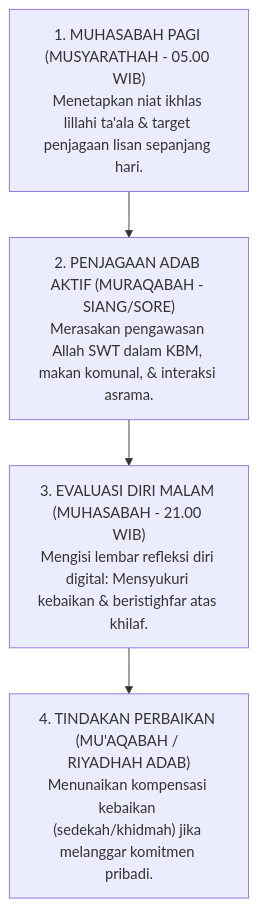
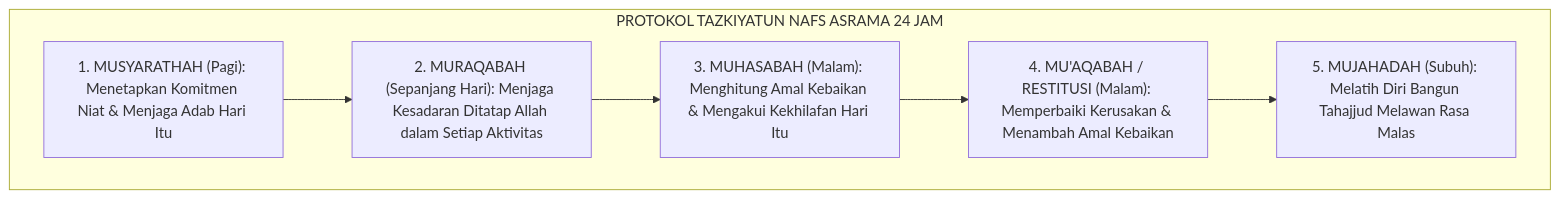
Before and after one commit to wandiapriliyandi/tumbuh: the fourth of 5 diagrams in 01 Philosophy/02 Human Nature/P1-02-05-Dinamika-Nafs-Ammarah-Lawwamah-Muthmainnah.md, drawn with Mermaid. The commit also changed other lines of this file and 6 other files, not shown here.

````diff
--- a/01 Philosophy/02 Human Nature/P1-02-05-Dinamika-Nafs-Ammarah-Lawwamah-Muthmainnah.md
+++ b/01 Philosophy/02 Human Nature/P1-02-05-Dinamika-Nafs-Ammarah-Lawwamah-Muthmainnah.md
@@ -226,12 +174,10 @@
 ```mermaid
 flowchart TD
-    SOP_Nafs1["1. MUHASABAH PAGI (MUSYARATHAH - 05.00 WIB)<br/>Menetapkan niat ikhlas lillahi ta'ala & target penjagaan lisan sepanjang hari."]
-    
-    SOP_Nafs2["2. PENJAGAAN ADAB AKTIF (MURAQABAH - SIANG/SORE)<br/>Merasakan pengawasan Allah SWT dalam KBM, makan komunal, & interaksi asrama."]
-    
-    SOP_Nafs3["3. EVALUASI DIRI MALAM (MUHASABAH - 21.00 WIB)<br/>Mengisi lembar refleksi diri digital: Mensyukuri kebaikan & beristighfar atas khilaf."]
-    
-    SOP_Nafs4["4. TINDAKAN PERBAIKAN (MU'AQABAH / RIYADHAH ADAB)<br/>Menunaikan kompensasi kebaikan (sedekah/khidmah) jika melanggar komitmen pribadi."]
-    
-    SOP_Nafs1 --> SOP_Nafs2 --> SOP_Nafs3 --> SOP_Nafs4
+    subgraph ProtokolTazkiyahHarian["PROTOKOL TAZKIYATUN NAFS ASRAMA 24 JAM"]
+        Musyarathah["1. MUSYARATHAH (Pagi): Menetapkan Komitmen Niat & Menjaga Adab Hari Itu"]
+        --> Muraqabah["2. MURAQABAH (Sepanjang Hari): Menjaga Kesadaran Ditatap Allah dalam Setiap Aktivitas"]
+        --> Muhasabah["3. MUHASABAH (Malam): Menghitung Amal Kebaikan & Mengakui Kekhilafan Hari Itu"]
+        --> Mu'aqabah["4. MU'AQABAH / RESTITUSI (Malam): Memperbaiki Kerusakan & Menambah Amal Kebaikan"]
+        --> Mujahadah["5. MUJAHADAH (Subuh): Melatih Diri Bangun Tahajjud Melawan Rasa Malas"]
+    end
 ```
````
